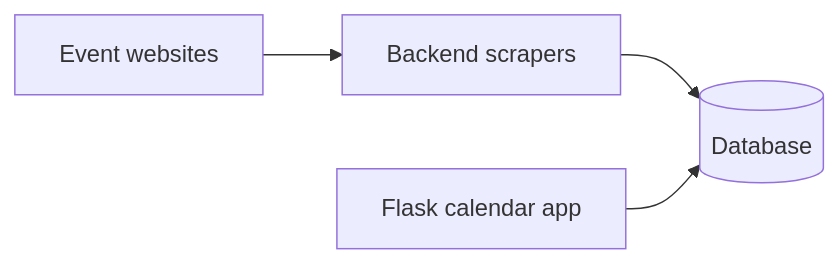
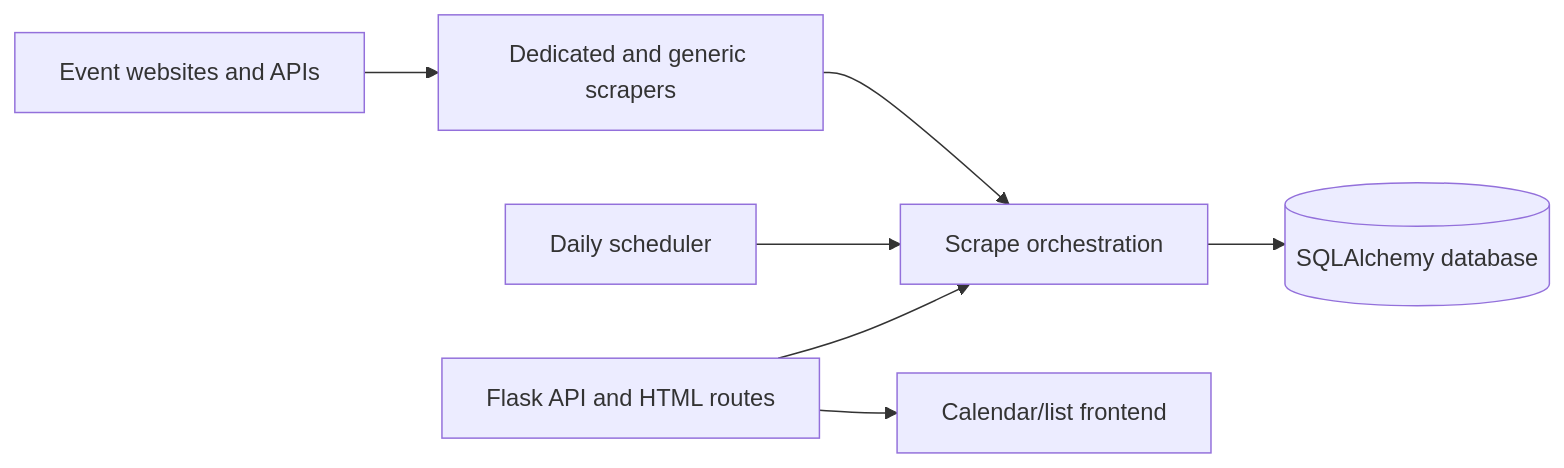
The diagram in README.md (gbs-hk/hk-event-time), drawn with Mermaid before and after one commit. The commit also changed other lines of this file, not shown here.

````diff
--- a/README.md
+++ b/README.md
@@ -39,6 +206,9 @@
 ```mermaid
 flowchart LR
-  Sites["Event websites"] --> Scraper["Backend scrapers"]
-  Scraper --> DB[("Database")]
-  Flask["Flask calendar app"] --> DB
+  Sources["Event websites and APIs"] --> Scrapers["Dedicated and generic scrapers"]
+  Scrapers --> Services["Scrape orchestration"]
+  Services --> DB[("SQLAlchemy database")]
+  Scheduler["Daily scheduler"] --> Services
+  Flask["Flask API and HTML routes"] --> Services
+  Flask --> UI["Calendar/list frontend"]
 ```
````
